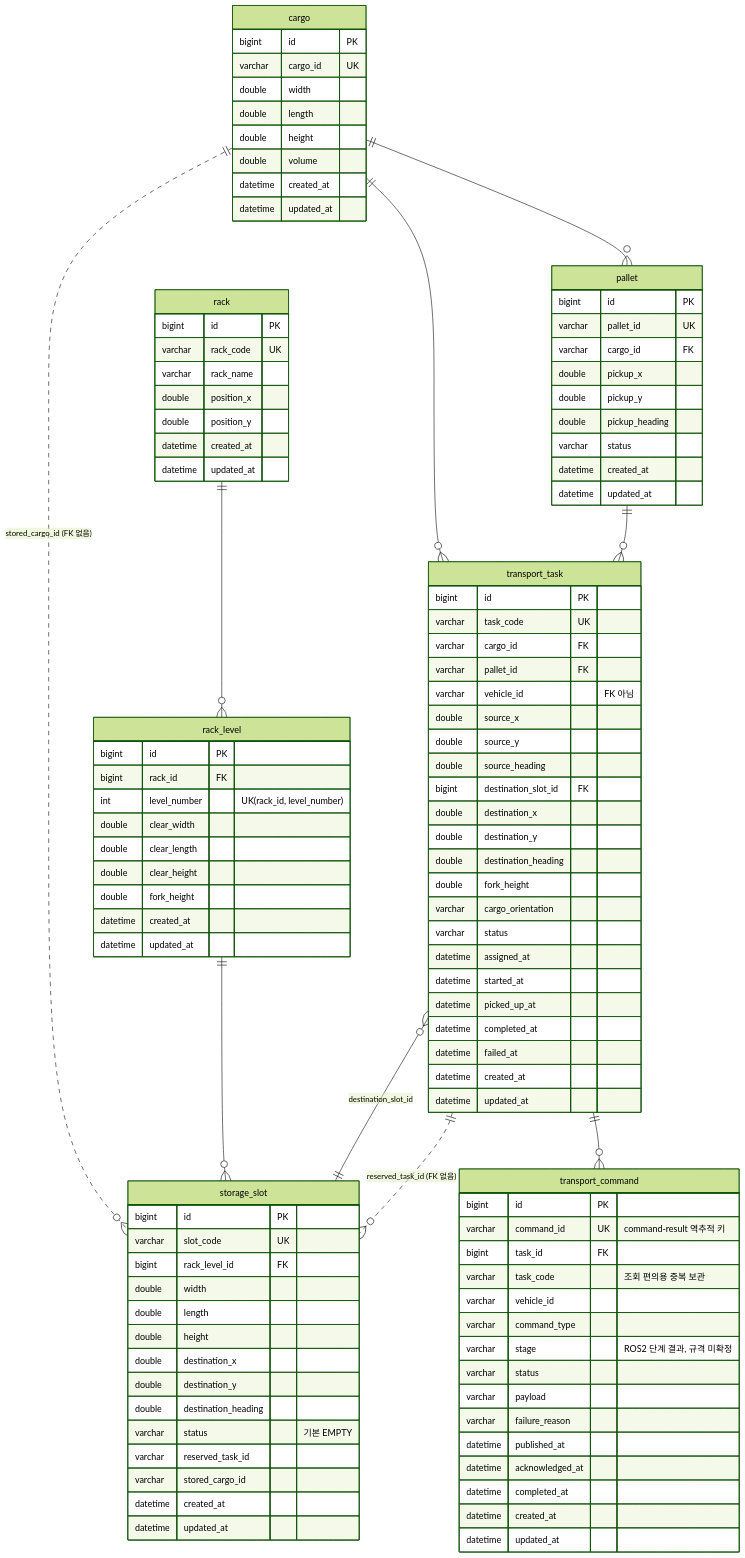
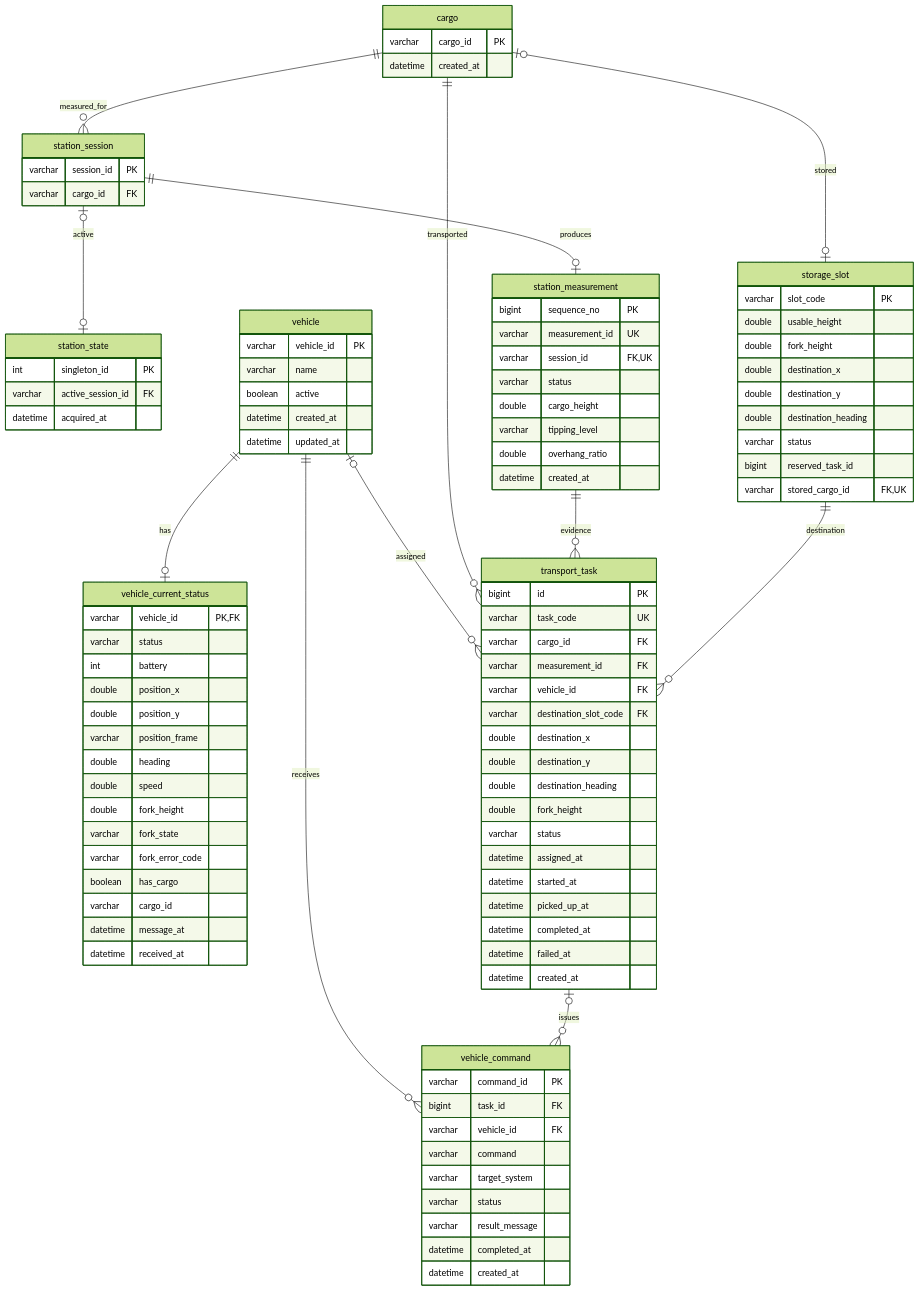
Before and after one commit to bjs0306b/fast-autonomous-forklift: the diagram in docs/backend-db/ERD.md, drawn with Mermaid (forest theme). The commit also changed other lines of this file and 315 other files, not shown here.

````diff
--- a/docs/backend-db/ERD.md
+++ b/docs/backend-db/ERD.md
@@ -372,111 +5,113 @@
 ```mermaid
 erDiagram
-    cargo          ||--o{ pallet : ""
-    cargo          ||--o{ transport_task : ""
-    pallet         ||--o{ transport_task : ""
-    rack           ||--o{ rack_level : ""
-    rack_level     ||--o{ storage_slot : ""
-    storage_slot   ||--o{ transport_task : "destination_slot_id"
-    transport_task ||--o{ transport_command : ""
-    transport_task ||..o{ storage_slot : "reserved_task_id (FK 없음)"
-    cargo          ||..o{ storage_slot : "stored_cargo_id (FK 없음)"
+    cargo {
+        varchar cargo_id PK
+        datetime created_at
+    }
 
-    cargo {
-        bigint   id PK
-        varchar  cargo_id UK
-        double   width
-        double   length
-        double   height
-        double   volume
+    station_session {
+        varchar session_id PK
+        varchar cargo_id FK
+    }
+
+    station_state {
+        int singleton_id PK
+        varchar active_session_id FK
+        datetime acquired_at
+    }
+
+    station_measurement {
+        bigint sequence_no PK
+        varchar measurement_id UK
+        varchar session_id FK,UK
+        varchar status
+        double cargo_height
+        varchar tipping_level
+        double overhang_ratio
+        datetime created_at
+    }
+
+    vehicle {
+        varchar vehicle_id PK
+        varchar name
+        boolean active
         datetime created_at
         datetime updated_at
     }
-    pallet {
-        bigint   id PK
-        varchar  pallet_id UK
-        varchar  cargo_id FK
-        double   pickup_x
-        double   pickup_y
-        double   pickup_heading
-        varchar  status
-        datetime created_at
-        datetime updated_at
+
+    vehicle_current_status {
+        varchar vehicle_id PK,FK
+        varchar status
+        int battery
+        double position_x
+        double position_y
+        varchar position_frame
+        double heading
+        double speed
+        double fork_height
+        varchar fork_state
+        varchar fork_error_code
+        boolean has_cargo
+        varchar cargo_id
+        datetime message_at
+        datetime received_at
     }
-    rack {
-        bigint   id PK
-        varchar  rack_code UK
-        varchar  rack_name
-        double   position_x
-        double   position_y
-        datetime created_at
-        datetime updated_at
+
+    storage_slot {
+        varchar slot_code PK
+        double usable_height
+        double fork_height
+        double destination_x
+        double destination_y
+        double destination_heading
+        varchar status
+        bigint reserved_task_id
+        varchar stored_cargo_id FK,UK
     }
-    rack_level {
-        bigint   id PK
-        bigint   rack_id FK
-        int      level_number "UK(rack_id, level_number)"
-        double   clear_width
-        double   clear_length
-        double   clear_height
-        double   fork_height
-        datetime created_at
-        datetime updated_at
-    }
-    storage_slot {
-        bigint   id PK
-        varchar  slot_code UK
-        bigint   rack_level_id FK
-        double   width
-        double   length
-        double   height
-        double   destination_x
-        double   destination_y
-        double   destination_heading
-        varchar  status "기본 EMPTY"
-        varchar  reserved_task_id
-        varchar  stored_cargo_id
-        datetime created_at
-        datetime updated_at
-    }
+
     transport_task {
-        bigint   id PK
-        varchar  task_code UK
-        varchar  cargo_id FK
-        varchar  pallet_id FK
-        varchar  vehicle_id "FK 아님"
-        double   source_x
-        double   source_y
-        double   source_heading
-        bigint   destination_slot_id FK
-        double   destination_x
-        double   destination_y
-        double   destination_heading
-        double   fork_height
-        varchar  cargo_orientation
-        varchar  status
+        bigint id PK
+        varchar task_code UK
+        varchar cargo_id FK
+        varchar measurement_id FK
+        varchar vehicle_id FK
+        varchar destination_slot_code FK
+        double destination_x
+        double destination_y
+        double destination_heading
+        double fork_height
+        varchar status
         datetime assigned_at
         datetime started_at
         datetime picked_up_at
         datetime completed_at
         datetime failed_at
         datetime created_at
-        datetime updated_at
     }
-    transport_command {
-        bigint   id PK
-        varchar  command_id UK "command-result 역추적 키"
-        bigint   task_id FK
-        varchar  task_code "조회 편의용 중복 보관"
-        varchar  vehicle_id
-        varchar  command_type
-        varchar  stage "ROS2 단계 결과, 규격 미확정"
-        varchar  status
-        varchar  payload
-        varchar  failure_reason
-        datetime published_at
-        datetime acknowledged_at
+
+    vehicle_command {
+        varchar command_id PK
+        bigint task_id FK
+        varchar vehicle_id FK
+        varchar command
+        varchar target_system
+        varchar status
+        varchar result_message
         datetime completed_at
         datetime created_at
-        datetime updated_at
     }
+
+    cargo ||--o{ station_session : measured_for
+    station_session o|--o| station_state : active
+    station_session ||--o| station_measurement : produces
+
+    vehicle ||--o| vehicle_current_status : has
+    vehicle o|--o{ transport_task : assigned
+    vehicle ||--o{ vehicle_command : receives
+
+    cargo ||--o{ transport_task : transported
+    cargo o|--o| storage_slot : stored
+    station_measurement ||--o{ transport_task : evidence
+    storage_slot ||--o{ transport_task : destination
+    transport_task o|--o{ vehicle_command : issues
 ```
````
